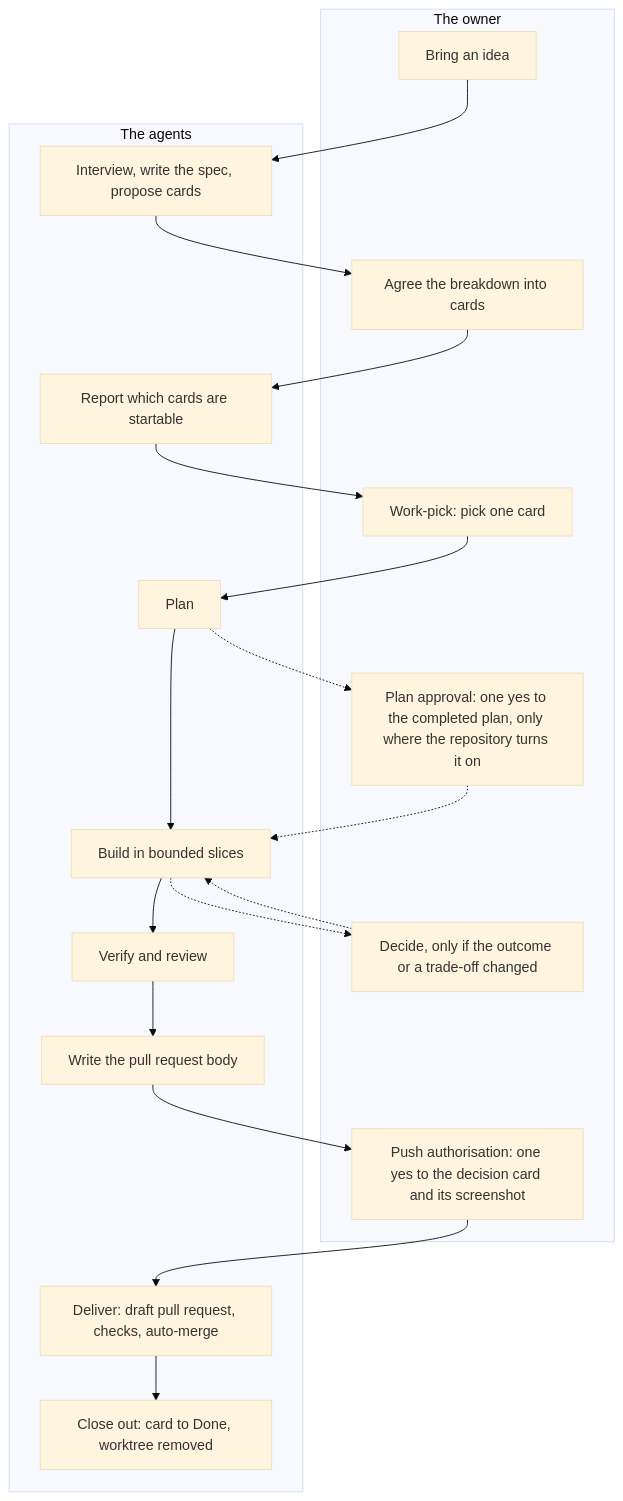
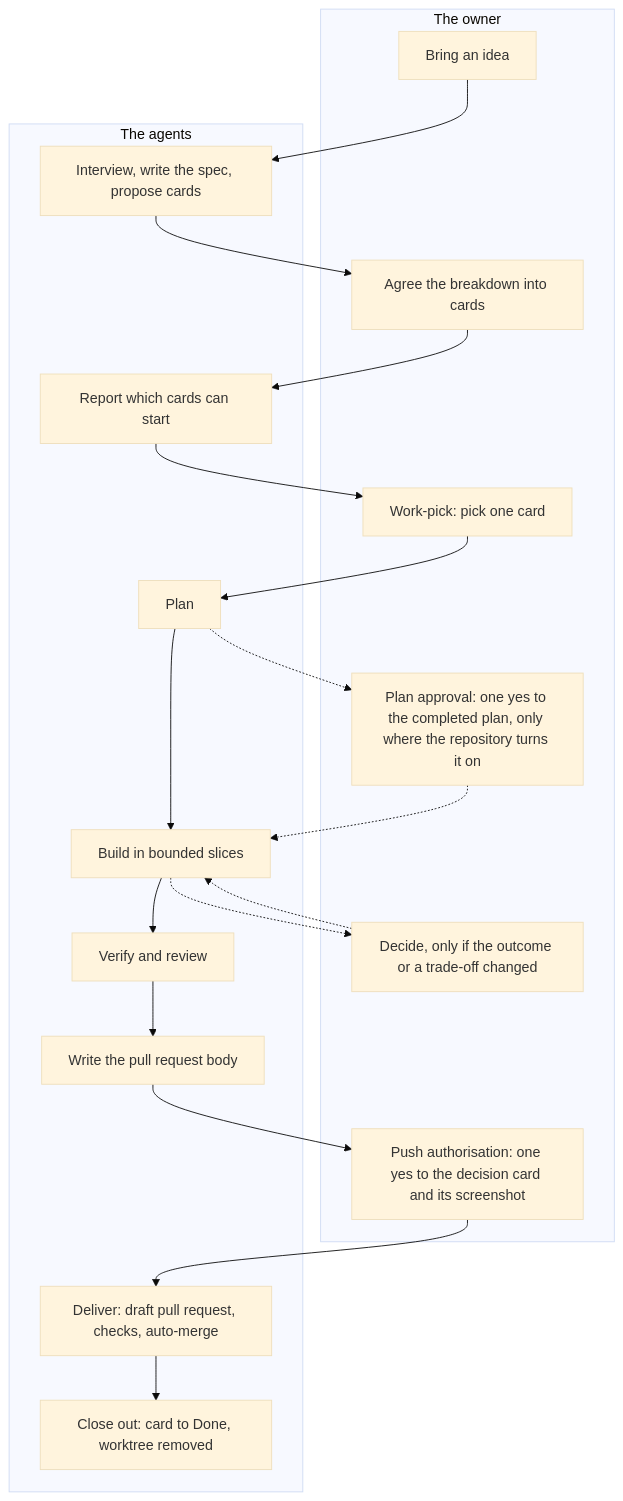
The diagram in docs/AI-WORKFLOW.md (zaingulel/kestrel), drawn with Mermaid (base theme) before and after one commit. The commit also changed other lines of this file and 107 other files, not shown here.

````diff
--- a/docs/AI-WORKFLOW.md
+++ b/docs/AI-WORKFLOW.md
@@ -27,36 +28,38 @@
 ```mermaid
 flowchart TB
+    accTitle: The owner and agent steps for one piece of work
+    accDescr: The owner brings an idea and makes the decisions, and the agents interview, plan, build, verify, review and deliver, from the idea to a merged change.
     subgraph Owner["The owner"]
         O1["Bring an idea"]
         O2["Agree the breakdown into cards"]
         O3["Work-pick: pick one card"]
         O6["Plan approval: one yes to the completed plan, only where the repository turns it on"]
         O4["Decide, only if the outcome or a trade-off changed"]
         O5["Push authorisation: one yes to the decision card and its screenshot"]
     end
     subgraph Agents["The agents"]
         A1["Interview, write the spec, propose cards"]
-        A2["Report which cards are startable"]
+        A2["Report which cards can start"]
         A3["Plan"]
         A4["Build in bounded slices"]
         A5["Verify and review"]
         A6["Write the pull request body"]
         A7["Deliver: draft pull request, checks, auto-merge"]
         A8["Close out: card to Done, worktree removed"]
     end
     O1 --> A1
     A1 --> O2
     O2 --> A2
     A2 --> O3
     O3 --> A3
     A3 --> A4
     A4 --> A5
     A5 --> A6
     A6 --> O5
     O5 --> A7
     A7 --> A8
     A4 -.-> O4
     O4 -.-> A4
     A3 -.-> O6
     O6 -.-> A4
 ```
````
